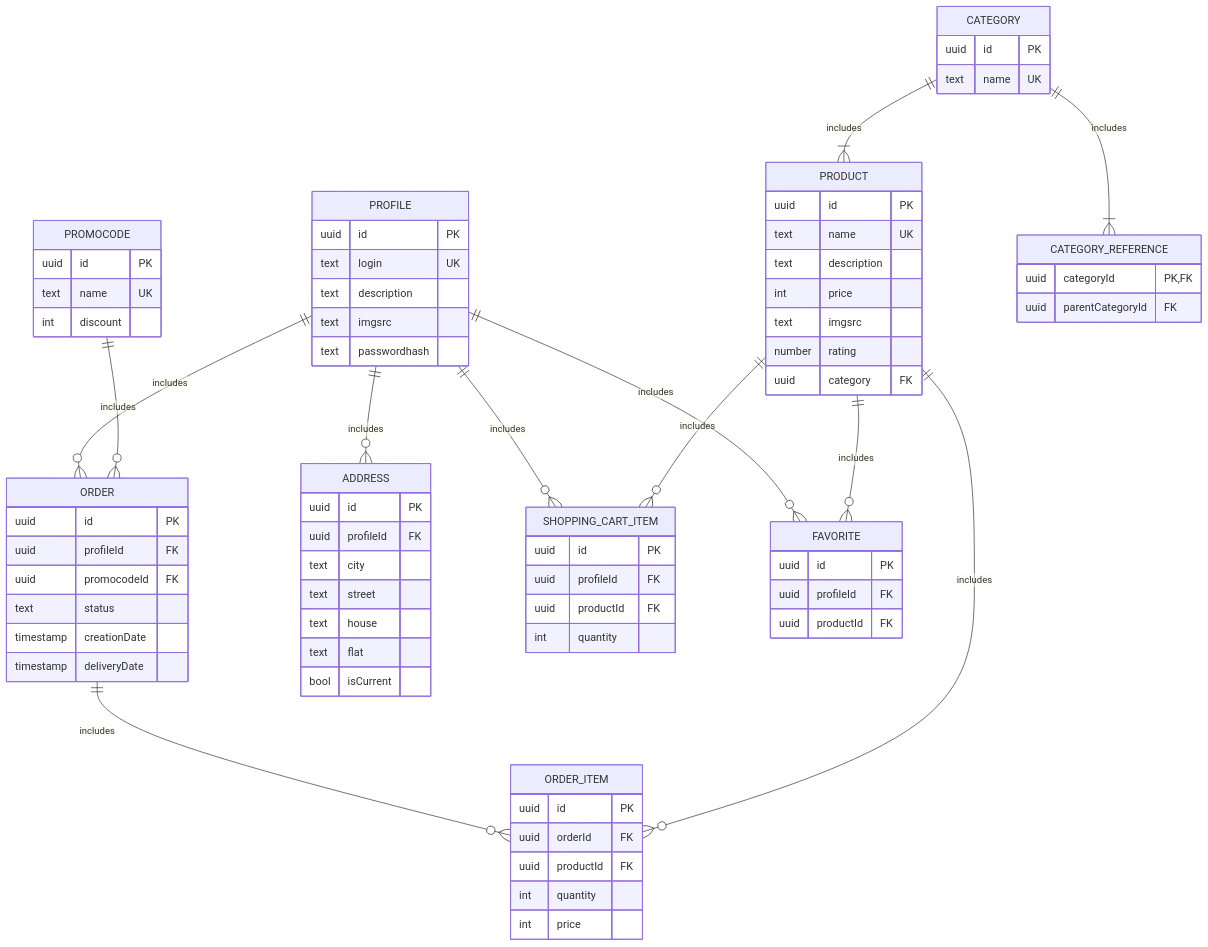
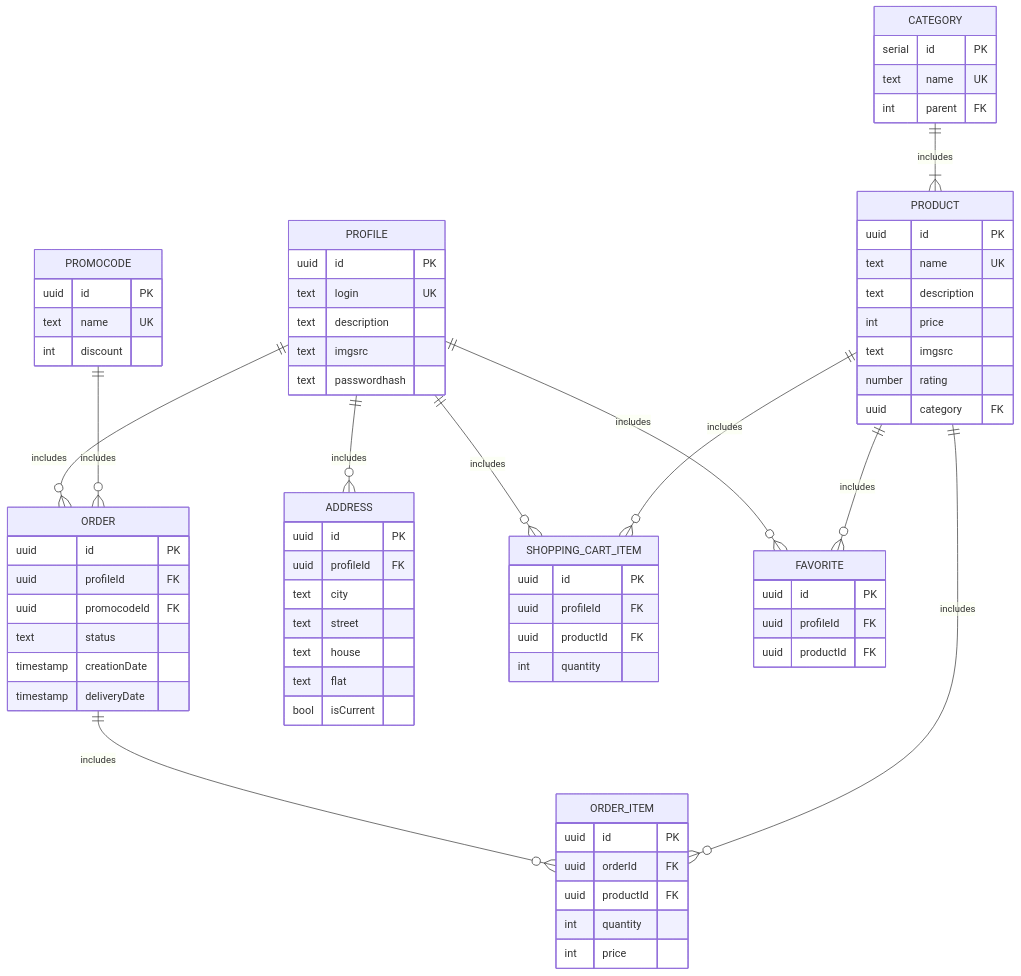
Before and after one commit to go-park-mail-ru/2023_2_potatiki: the diagram in db/normalized/relations.md, drawn with Mermaid. The commit also changed 1 other file, not shown here.

Commit message:
db fixes

```diff
--- a/db/normalized/relations.md
+++ b/db/normalized/relations.md
@@ -96,8 +96,6 @@
   PRODUCT ||--o{ SHOPPING_CART_ITEM : includes
   CATEGORY ||--|{ PRODUCT : includes
   PRODUCT ||--o{ FAVORITE : includes
-
-  CATEGORY ||--|{ CATEGORY_REFERENCE : includes
 
   PROFILE {
     uuid id PK
@@ -151,13 +149,9 @@
   }
 
   CATEGORY {
-    uuid id PK
+    serial id PK
     text name UK
-  }
-
-  CATEGORY_REFERENCE {
-    uuid categoryId PK, FK
-    uuid parentCategoryId FK
+    int parent FK
   }
 
   SHOPPING_CART_ITEM {
```
